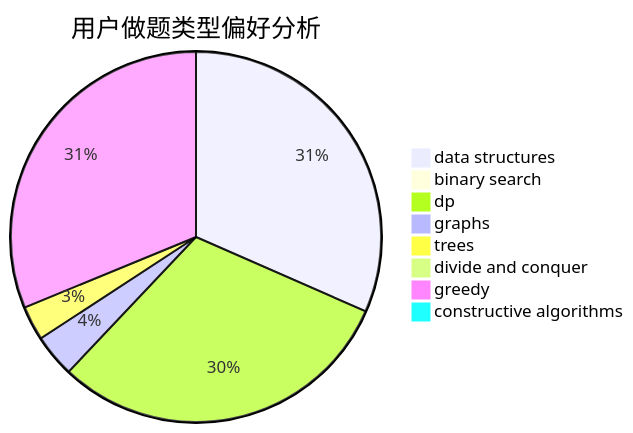
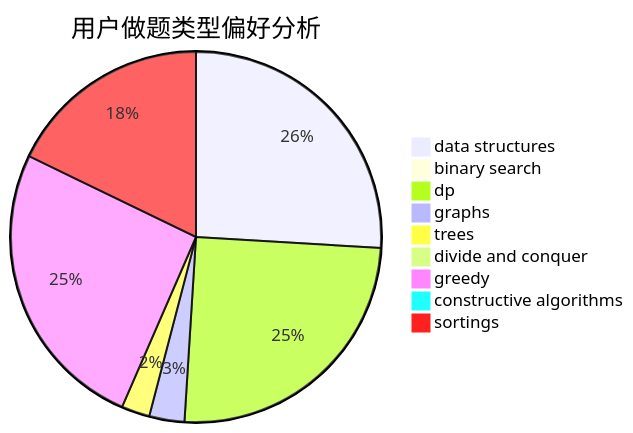
The second of 3 diagrams in docs/user/u469.md (sherpahu/cfrs.github.io), drawn with Mermaid before and after one commit. The commit also changed other lines of this file and 2769 other files, not shown here.

````diff
--- a/docs/user/u469.md
+++ b/docs/user/u469.md
@@ -23,11 +18,12 @@
 ```mermaid
 pie title 用户做题类型偏好分析
     "data structures" :  431
     "binary search" :  9
     "dp" :  416
     "graphs" :  51
     "trees" :  41
     "divide and conquer" :  7
     "greedy" :  426
     "constructive algorithms" :  9
+    "sortings" :  296
 ```
````
